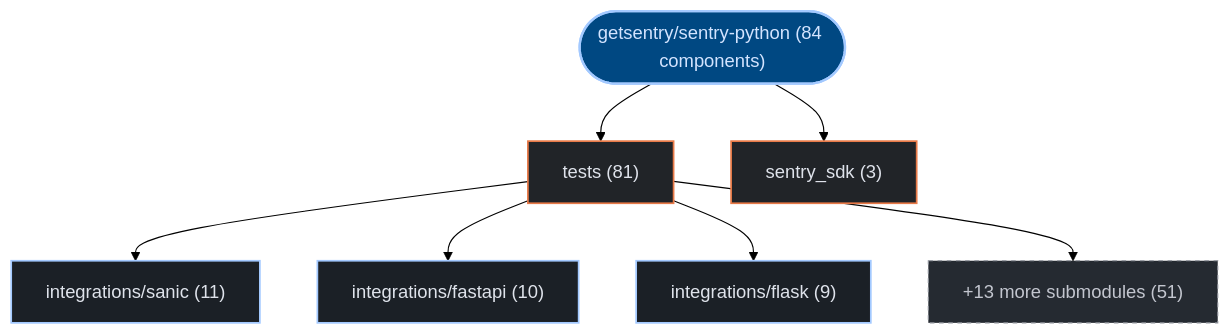
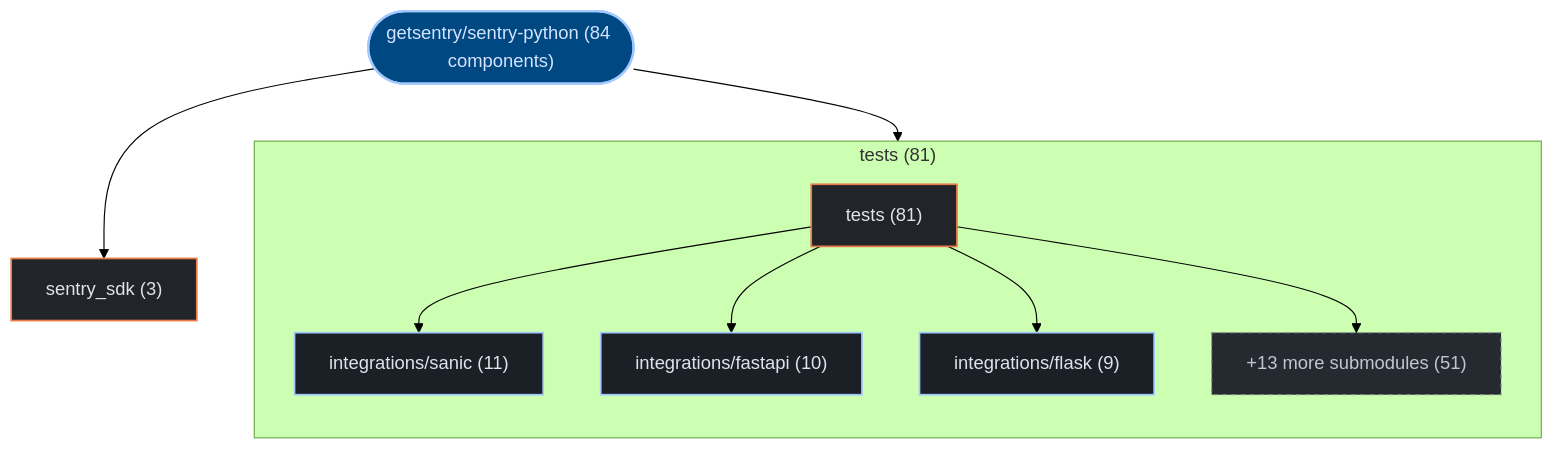
One commit to kumarshaz/atruss-code-atlas changed the first of 3 diagrams in exports/latest/reports/getsentry-sentry-python-report.md. Above: the diagram before and after it, drawn with Mermaid (forest theme). The commit also changed 178 other files, not shown here.

Commit message:
feat(ui,mermaid): upgrade to mermaid v12 + ELK layout, add orgs-summary + pagination, subgraph building blocks, fix tab alignment

````diff
--- a/exports/latest/reports/getsentry-sentry-python-report.md
+++ b/exports/latest/reports/getsentry-sentry-python-report.md
@@ -42,23 +42,26 @@
 ```mermaid
 graph TD;
   classDef atlasRoot fill:#004882,stroke:#a3c9ff,stroke-width:2px,color:#d3e4ff
   classDef atlasCategory fill:#212428,stroke:#E87A48,stroke-width:1.5px,color:#dfe3eb
   classDef atlasWorkflow fill:#1b2026,stroke:#a3c9ff,stroke-width:1.5px,color:#dfe3eb
   classDef atlasJob fill:#171c22,stroke:#8d9199,stroke-width:1px,color:#dfe3eb
   classDef atlasTarget fill:#005227,stroke:#8bd99b,stroke-width:1.5px,color:#a7f6b6
   classDef atlasAlert fill:#93000a,stroke:#ffb4ab,stroke-width:1.5px,color:#ffdad6
   classDef atlasMore fill:#252a31,stroke:#8d9199,stroke-dasharray:4 4,color:#c3c6cf
     repo_root(["getsentry/sentry-python (84 components)"]):::atlasRoot
-    dir_0_tests["tests (81)"]:::atlasCategory
+    subgraph sg_dir_0_tests["tests (81)"]
+      direction TB
+      dir_0_tests["tests (81)"]:::atlasCategory
+      sub_0_0_integrations_sanic["integrations/sanic (11)"]:::atlasWorkflow
+      dir_0_tests --> sub_0_0_integrations_sanic
+      sub_0_1_integrations_fastapi["integrations/fastapi (10)"]:::atlasWorkflow
+      dir_0_tests --> sub_0_1_integrations_fastapi
+      sub_0_2_integrations_flask["integrations/flask (9)"]:::atlasWorkflow
+      dir_0_tests --> sub_0_2_integrations_flask
+      sub_0_more["+13 more submodules (51)"]:::atlasMore
+      dir_0_tests --> sub_0_more
+    end
     repo_root --> dir_0_tests
-    sub_0_0_integrations_sanic["integrations/sanic (11)"]:::atlasWorkflow
-    dir_0_tests --> sub_0_0_integrations_sanic
-    sub_0_1_integrations_fastapi["integrations/fastapi (10)"]:::atlasWorkflow
-    dir_0_tests --> sub_0_1_integrations_fastapi
-    sub_0_2_integrations_flask["integrations/flask (9)"]:::atlasWorkflow
-    dir_0_tests --> sub_0_2_integrations_flask
-    sub_0_more["+13 more submodules (51)"]:::atlasMore
-    dir_0_tests --> sub_0_more
     dir_1_sentry_sdk["sentry_sdk (3)"]:::atlasCategory
     repo_root --> dir_1_sentry_sdk
 ```
````
